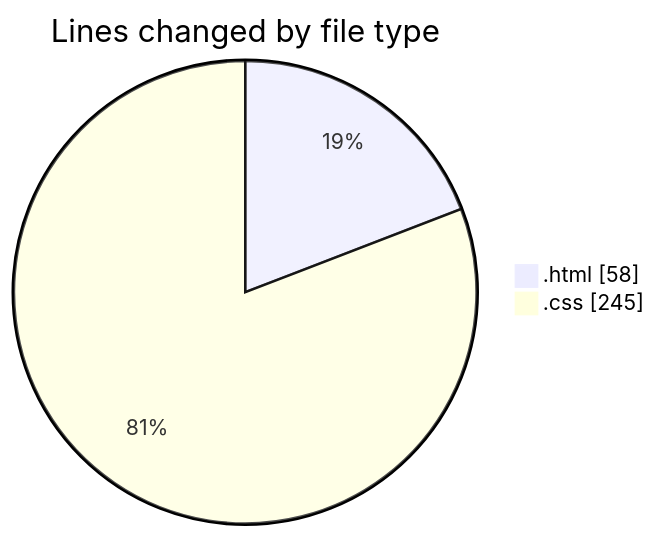
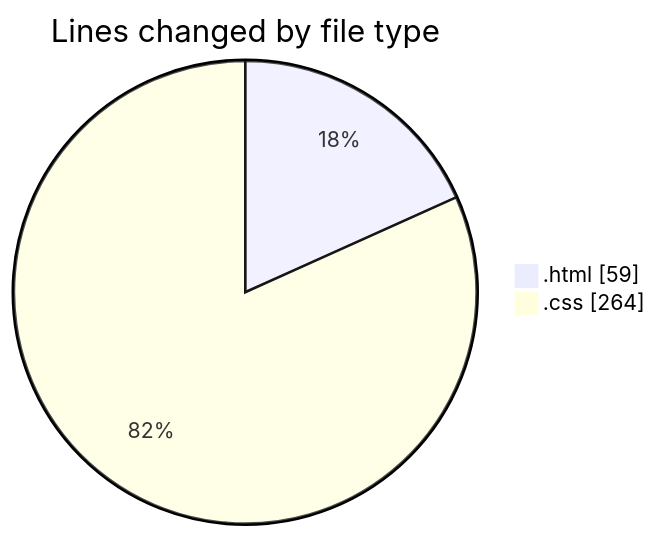
Before and after one commit to CELIANVF/code-tracking: the first of 2 diagrams in 2025-04-15/portfolio/README.md, drawn with Mermaid. The commit also changed other lines of this file and 1 other file, not shown here.

````diff
--- a/2025-04-15/portfolio/README.md
+++ b/2025-04-15/portfolio/README.md
@@ -21,6 +21,6 @@
 ```mermaid
 pie showData
 title Lines changed by file type
-".html" : 58
-".css" : 245
+".html" : 59
+".css" : 264
 ```
````
